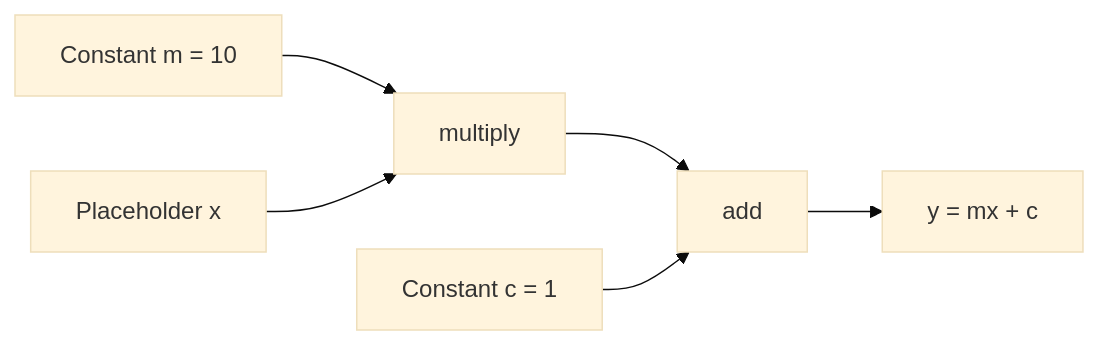
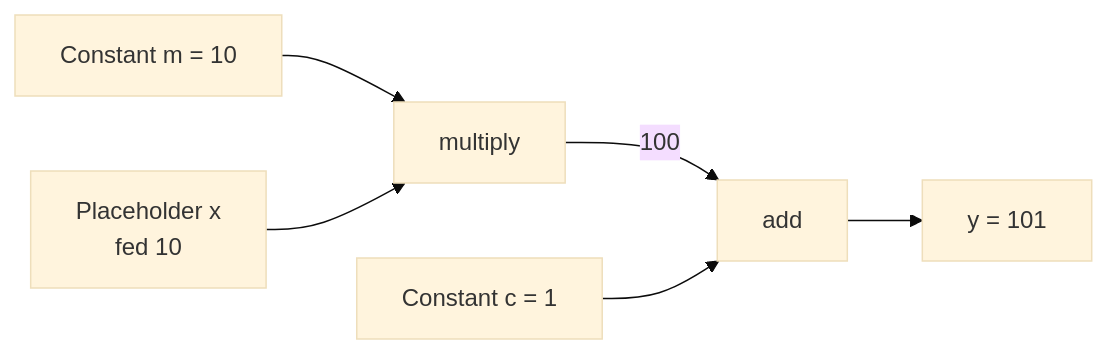
One commit to kaisarnajar/outcome-school-blogs changed the first of 2 diagrams in notes/step-02-deep-learning-and-neural-networks/043-how-does-the-machine-learning-library-tensorflow-work.md. Above: the diagram before and after it, drawn with Mermaid (base theme). The commit also changed other lines of this file and 233 other files, not shown here.

````diff
--- a/notes/step-02-deep-learning-and-neural-networks/043-how-does-the-machine-learning-library-tensorflow-work.md
+++ b/notes/step-02-deep-learning-and-neural-networks/043-how-does-the-machine-learning-library-tensorflow-work.md
@@ -36,8 +55,8 @@
 ```mermaid
 flowchart LR
     M["Constant m = 10"] --> MUL["multiply"]
-    X["Placeholder x"] --> MUL
-    MUL --> ADD["add"]
+    X["Placeholder x<br/>fed 10"] --> MUL
+    MUL -->|"100"| ADD["add"]
     C["Constant c = 1"] --> ADD
-    ADD --> Y["y = mx + c"]
+    ADD --> Y["y = 101"]
 ```
````
